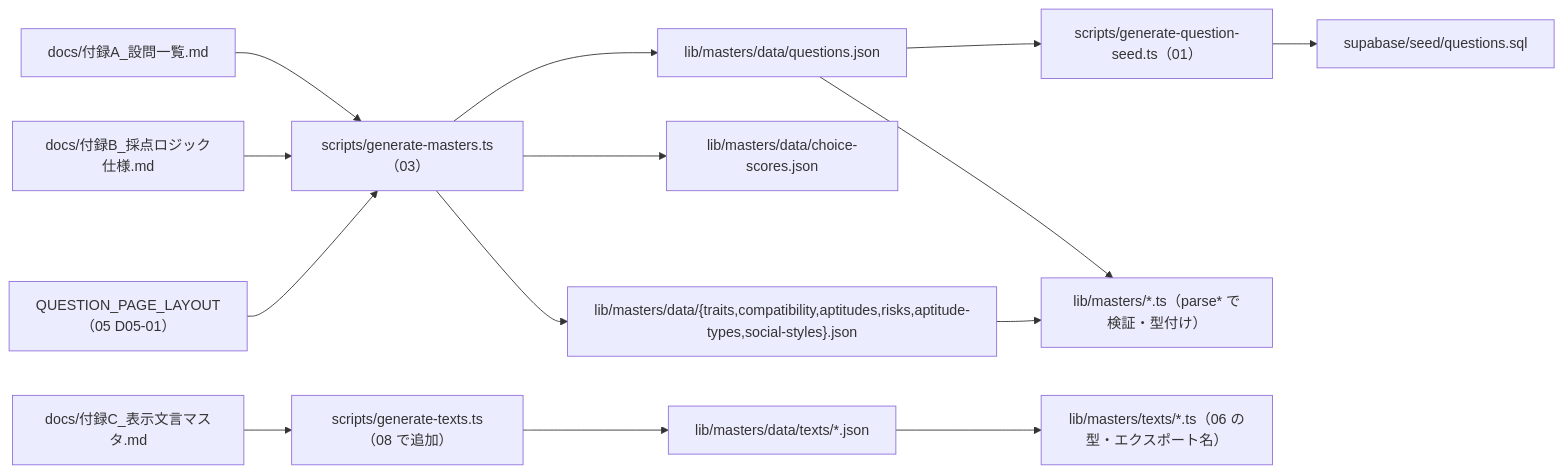
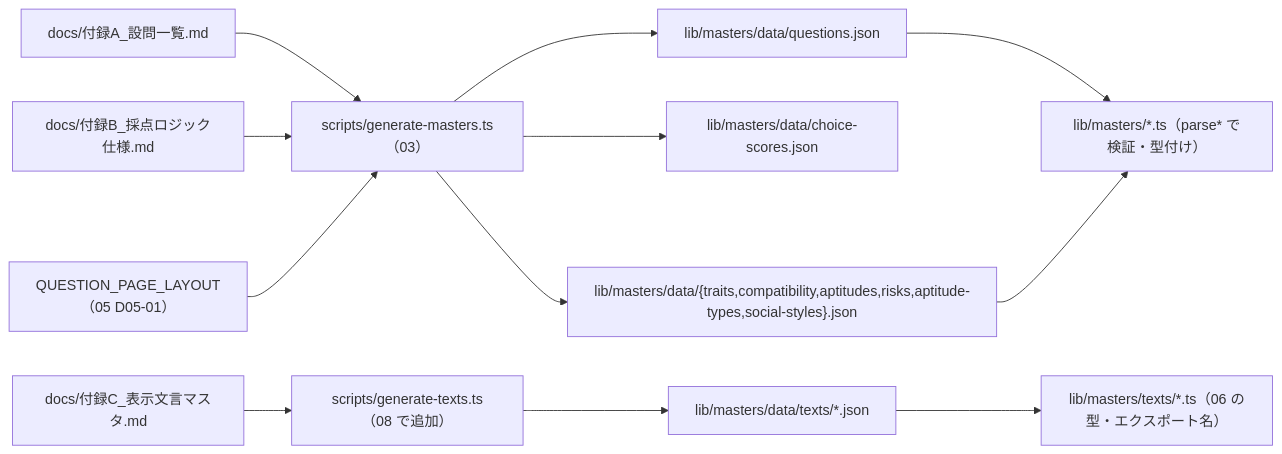
The fourth of 4 diagrams in docs/基本設計/08_実装計画とテスト計画.md (tanukichiyamaguchi/Tekisei-Kensa), drawn with Mermaid before and after one commit. The commit also changed other lines of this file and 2 other files, not shown here.

````diff
--- a/docs/基本設計/08_実装計画とテスト計画.md
+++ b/docs/基本設計/08_実装計画とテスト計画.md
@@ -1033,16 +1113,14 @@
 ```mermaid
 flowchart LR
     A["docs/付録A_設問一覧.md"] --> GM["scripts/generate-masters.ts（03）"]
     B["docs/付録B_採点ロジック仕様.md"] --> GM
     L["QUESTION_PAGE_LAYOUT（05 D05-01）"] --> GM
     GM --> J1["lib/masters/data/questions.json"]
     GM --> J2["lib/masters/data/choice-scores.json"]
     GM --> J3["lib/masters/data/{traits,compatibility,aptitudes,risks,aptitude-types,social-styles}.json"]
     C["docs/付録C_表示文言マスタ.md"] --> GT["scripts/generate-texts.ts（08 で追加）"]
     GT --> J4["lib/masters/data/texts/*.json"]
-    J1 --> QS["scripts/generate-question-seed.ts（01）"]
-    QS --> SQL["supabase/seed/questions.sql"]
     J1 --> TS["lib/masters/*.ts（parse* で検証・型付け）"]
     J3 --> TS
     J4 --> TX["lib/masters/texts/*.ts（06 の型・エクスポート名）"]
 ```
````
